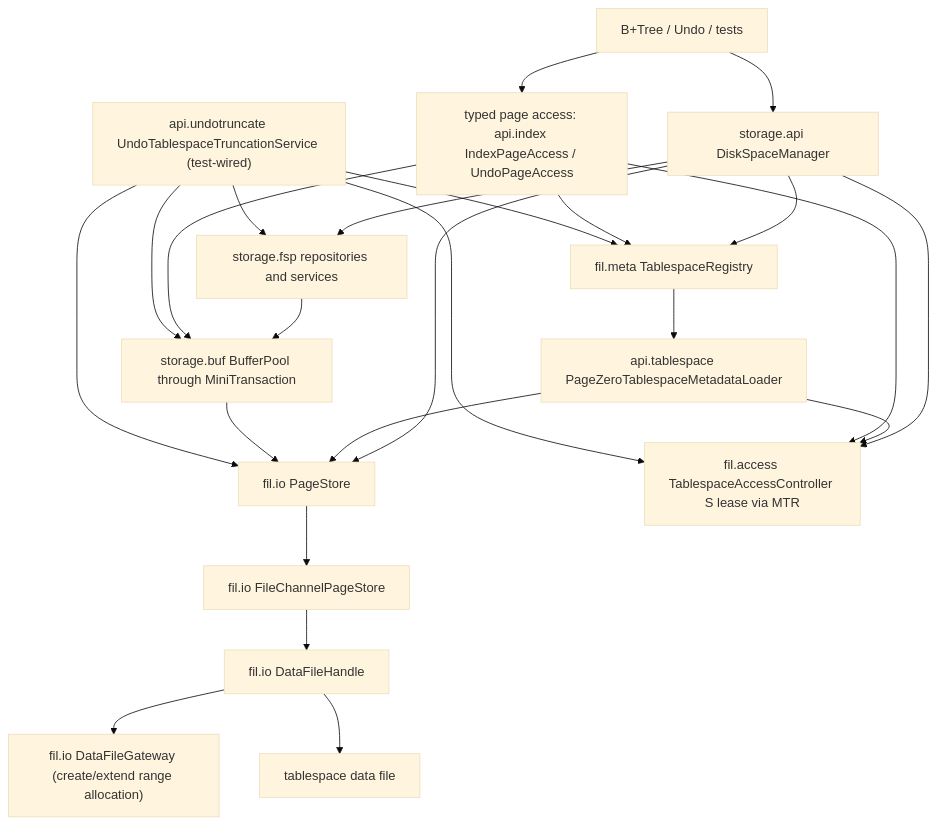
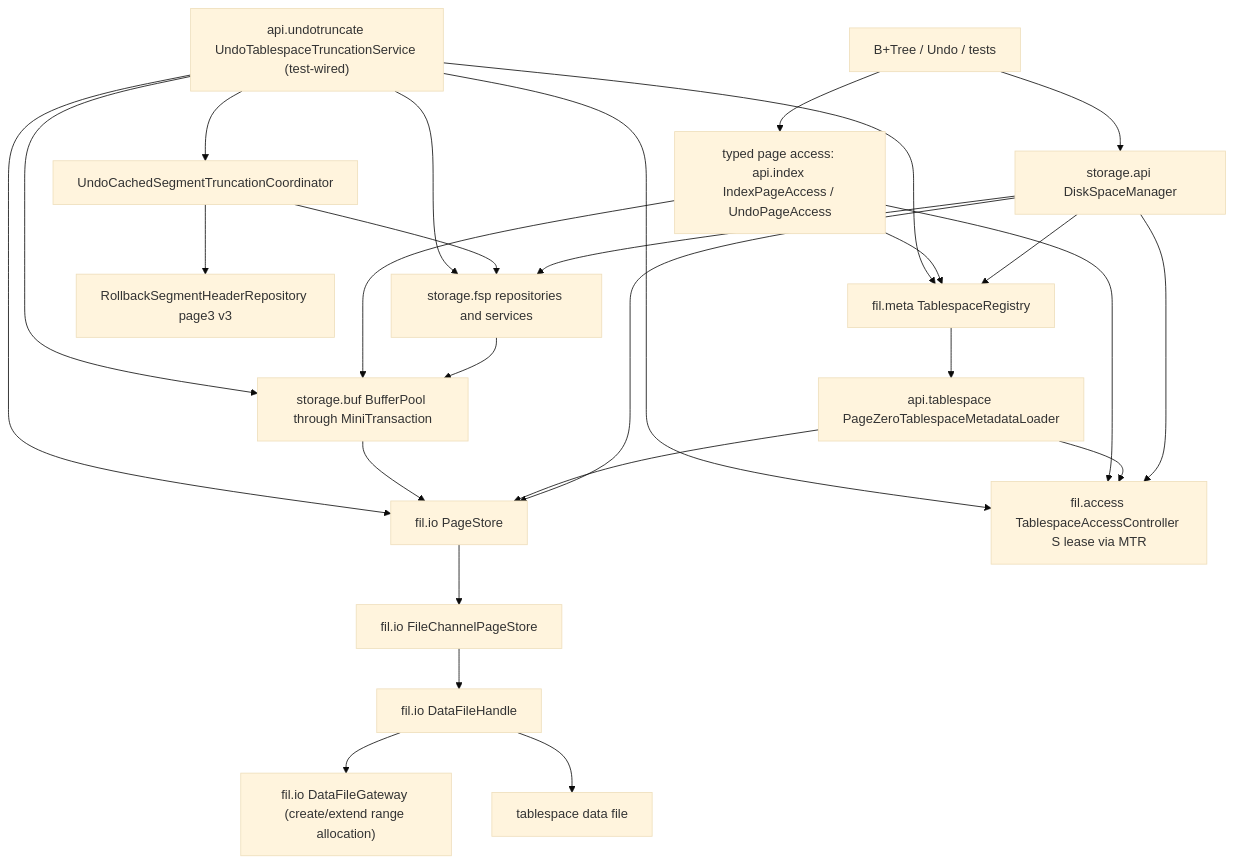
One commit to mywnlb/dbtest changed the first of 9 diagrams in docs/design/current-implementation-map.md. Above: the diagram before and after it, drawn with Mermaid (base theme). The commit also changed other lines of this file and 89 other files, not shown here.

Commit message:
feat: persist undo history and reuse cached segments

````diff
--- a/docs/design/current-implementation-map.md
+++ b/docs/design/current-implementation-map.md
@@ -17,29 +17,32 @@
 ```mermaid
 flowchart TD
   Upper["B+Tree / Undo / tests"] --> DSM["storage.api DiskSpaceManager"]
   Upper --> PageAccess["typed page access: api.index IndexPageAccess / UndoPageAccess"]
 
   DSM --> FSP["storage.fsp repositories and services"]
   DSM --> Store["fil.io PageStore"]
   DSM --> Registry["fil.meta TablespaceRegistry"]
   DSM --> Access["fil.access TablespaceAccessController S lease via MTR"]
   Registry --> Loader["api.tablespace PageZeroTablespaceMetadataLoader"]
   Loader --> Access
   Loader --> Store
   FSP --> BP["storage.buf BufferPool through MiniTransaction"]
   PageAccess --> BP
   PageAccess --> Access
   PageAccess --> Registry
   BP --> Store
   Store --> ChannelStore["fil.io FileChannelPageStore"]
   ChannelStore --> Handle["fil.io DataFileHandle"]
   Handle --> Gateway["fil.io DataFileGateway (create/extend range allocation)"]
   Handle --> DataFile["tablespace data file"]
 
   Truncate["api.undotruncate UndoTablespaceTruncationService (test-wired)"] --> Access
+  Truncate --> UndoCache["UndoCachedSegmentTruncationCoordinator"]
+  UndoCache --> RsegPage3["RollbackSegmentHeaderRepository page3 v3"]
+  UndoCache --> FSP
   Truncate --> Registry
   Truncate --> FSP
   Truncate --> BP
   Truncate --> Store
 
 ```
````
